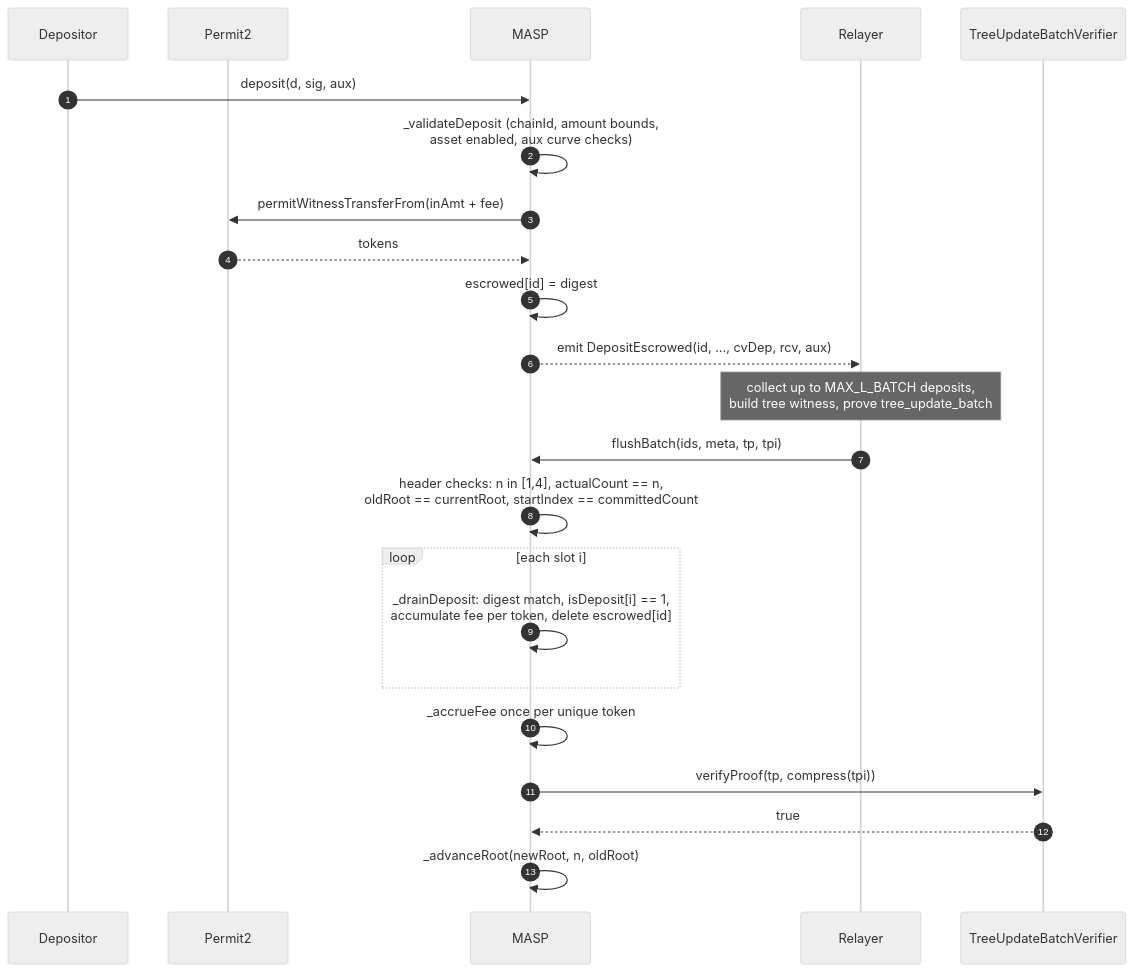
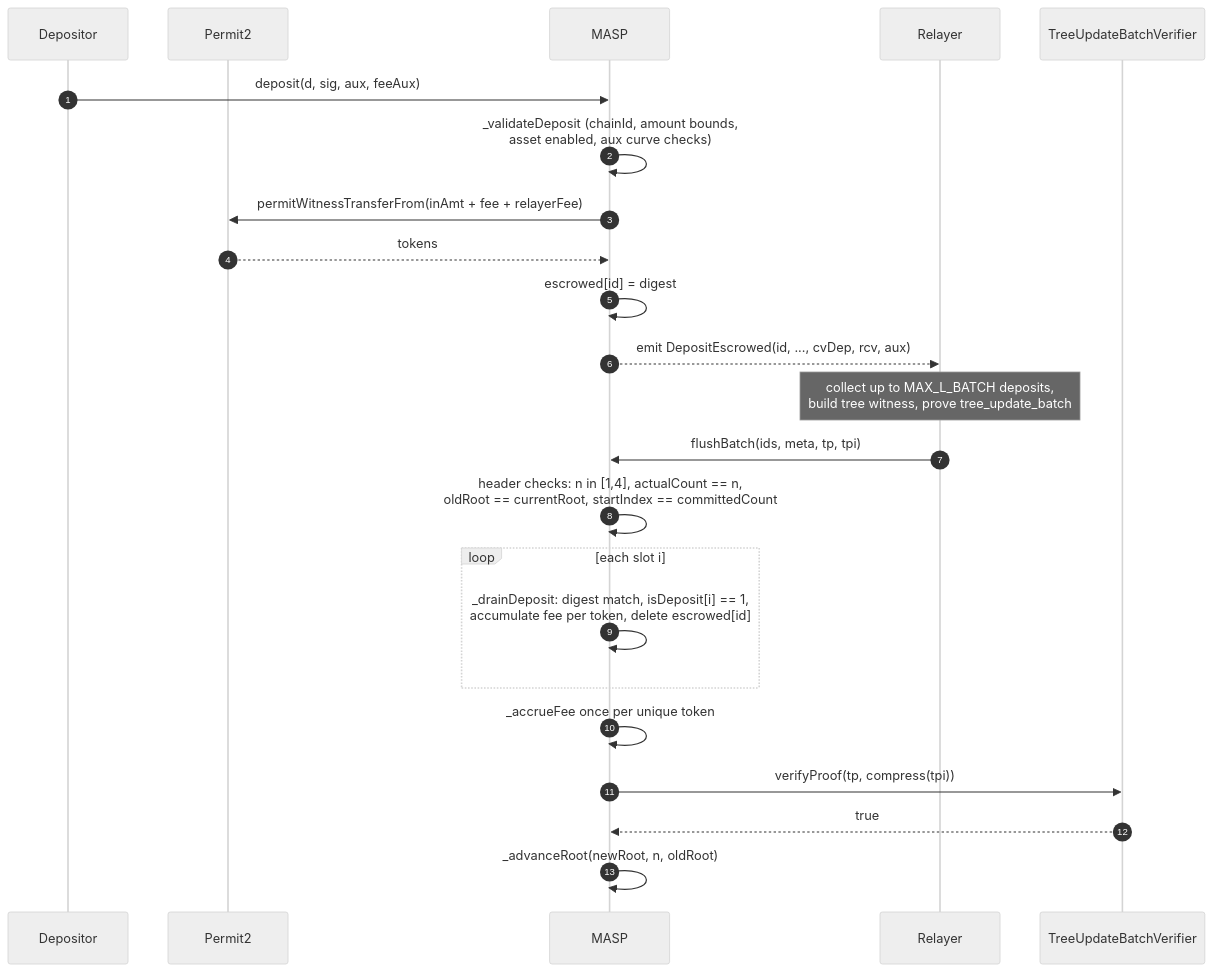
Before and after one commit to lelantos-org/contracts: the seventh of 10 diagrams in src/README.md, drawn with Mermaid (neutral theme). The commit also changed other lines of this file and 60 other files, not shown here.

````diff
--- a/src/README.md
+++ b/src/README.md
@@ -319,28 +319,28 @@
 ```mermaid
 sequenceDiagram
   autonumber
   participant U as Depositor
   participant P2 as Permit2
   participant M as MASP
   participant Rl as Relayer
   participant TV as TreeUpdateBatchVerifier
 
-  U->>M: deposit(d, sig, aux)
+  U->>M: deposit(d, sig, aux, feeAux)
   M->>M: _validateDeposit (chainId, amount bounds,<br/>asset enabled, aux curve checks)
-  M->>P2: permitWitnessTransferFrom(inAmt + fee)
+  M->>P2: permitWitnessTransferFrom(inAmt + fee + relayerFee)
   P2-->>M: tokens
   M->>M: escrowed[id] = digest
   M-->>Rl: emit DepositEscrowed(id, ..., cvDep, rcv, aux)
 
   Note over Rl: collect up to MAX_L_BATCH deposits,<br/>build tree witness, prove tree_update_batch
 
   Rl->>M: flushBatch(ids, meta, tp, tpi)
   M->>M: header checks: n in [1,4], actualCount == n,<br/>oldRoot == currentRoot, startIndex == committedCount
   loop each slot i
     M->>M: _drainDeposit: digest match, isDeposit[i] == 1,<br/>accumulate fee per token, delete escrowed[id]
   end
   M->>M: _accrueFee once per unique token
   M->>TV: verifyProof(tp, compress(tpi))
   TV-->>M: true
   M->>M: _advanceRoot(newRoot, n, oldRoot)
 ```
````
